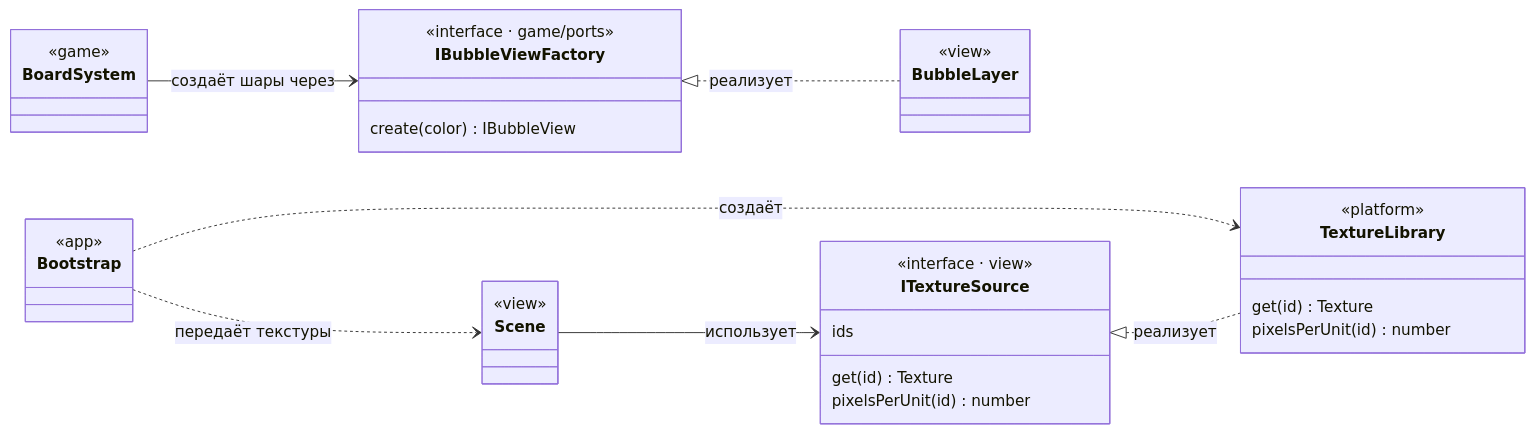
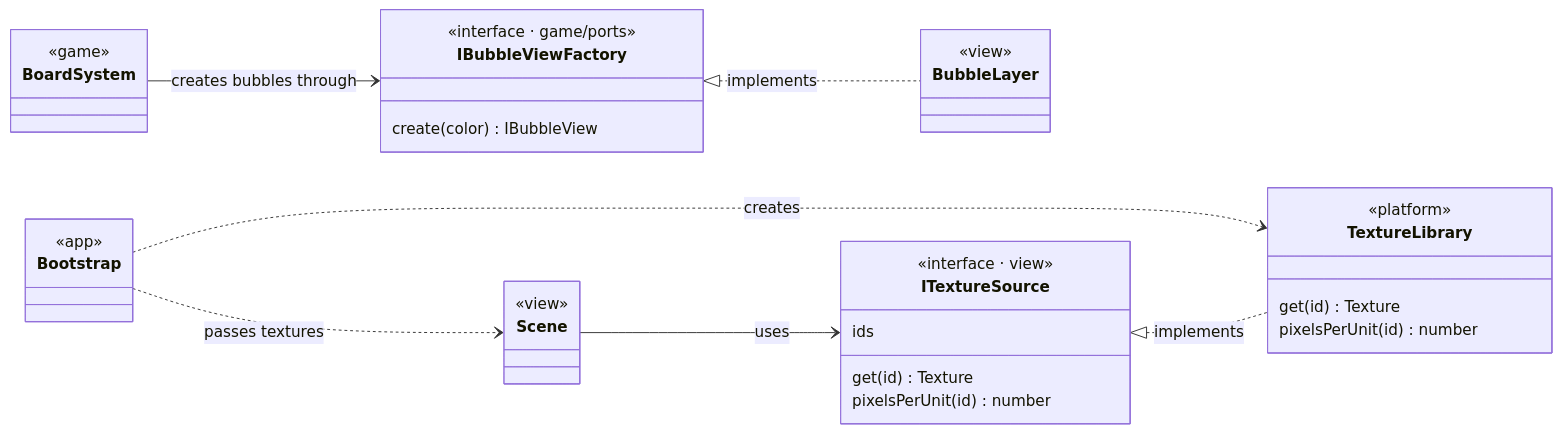
The second of 6 diagrams in README.md (sburdenko/bub-playables-pixi), drawn with Mermaid before and after one commit. The commit also changed other lines of this file, not shown here.

````diff
--- a/README.md
+++ b/README.md
@@ -58,37 +58,37 @@
 ```mermaid
 classDiagram
     direction LR
     class ITextureSource {
         <<interface · view>>
         ids
         get(id) Texture
         pixelsPerUnit(id) number
     }
     class TextureLibrary {
         <<platform>>
         get(id) Texture
         pixelsPerUnit(id) number
     }
     class Scene {
         <<view>>
     }
     class IBubbleViewFactory {
         <<interface · game/ports>>
         create(color) IBubbleView
     }
     class BubbleLayer {
         <<view>>
     }
     class BoardSystem {
         <<game>>
     }
     class Bootstrap {
         <<app>>
     }
-    ITextureSource <|.. TextureLibrary : реализует
-    Scene --> ITextureSource : использует
-    Bootstrap ..> TextureLibrary : создаёт
-    Bootstrap ..> Scene : передаёт текстуры
-    IBubbleViewFactory <|.. BubbleLayer : реализует
-    BoardSystem --> IBubbleViewFactory : создаёт шары через
+    ITextureSource <|.. TextureLibrary : implements
+    Scene --> ITextureSource : uses
+    Bootstrap ..> TextureLibrary : creates
+    Bootstrap ..> Scene : passes textures
+    IBubbleViewFactory <|.. BubbleLayer : implements
+    BoardSystem --> IBubbleViewFactory : creates bubbles through
 ```
````
